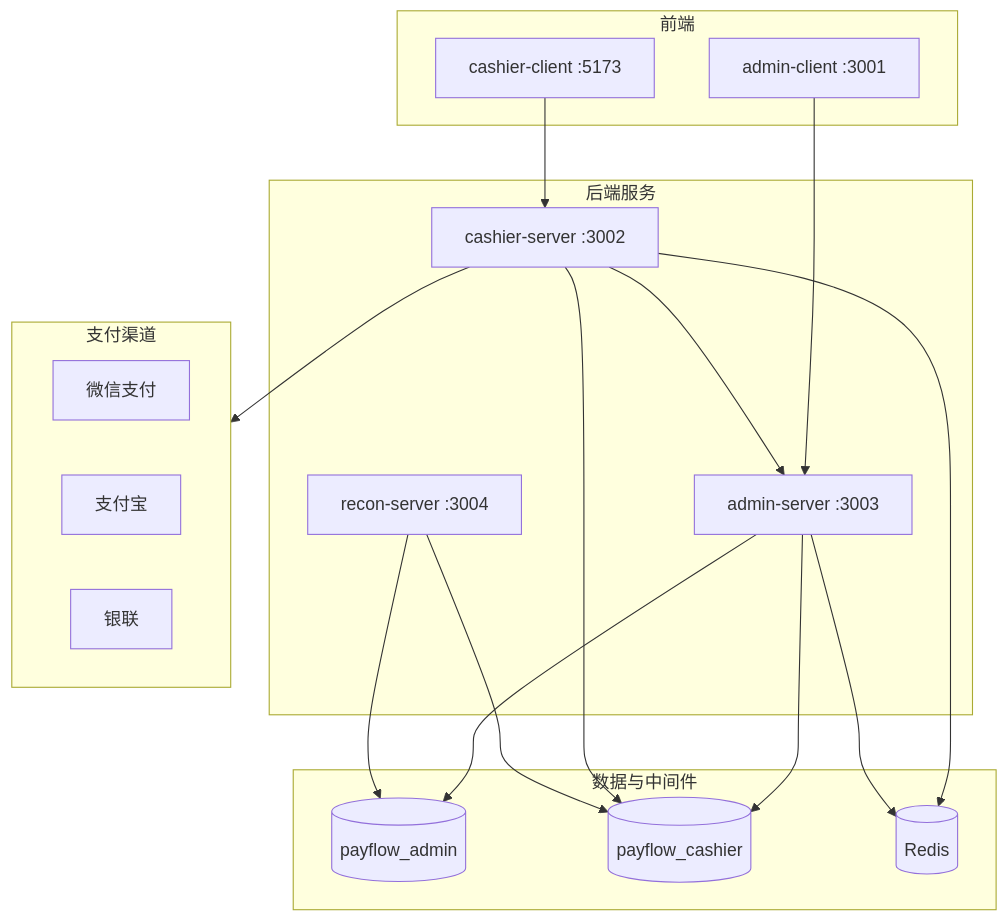
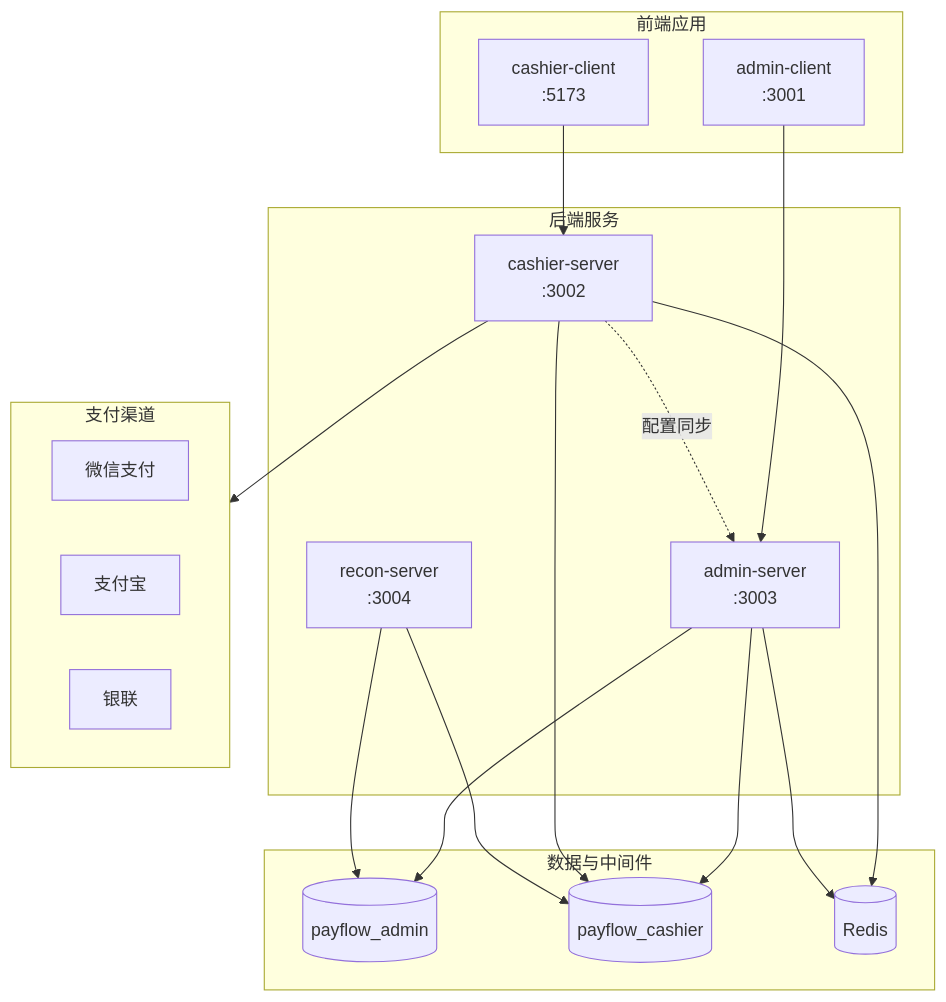
One commit to 799952500/PonyFlux-Pay changed the diagram in README.md. Above: the diagram before and after it, drawn with Mermaid. The commit also changed other lines of this file and 29 other files, not shown here.

First line of the commit message:
fix: 回调记录分页修复、一键初始化整合与 README 配图优化

````diff
--- a/README.md
+++ b/README.md
@@ -25,37 +68,37 @@
 ```mermaid
 flowchart TB
-  subgraph clients [前端]
-    AC[admin-client :3001]
-    CC[cashier-client :5173]
+  subgraph clients [前端应用]
+    AC["admin-client<br/>:3001"]
+    CC["cashier-client<br/>:5173"]
   end
 
   subgraph servers [后端服务]
-    AS[admin-server :3003]
-    CS[cashier-server :3002]
-    RS[recon-server :3004]
+    AS["admin-server<br/>:3003"]
+    CS["cashier-server<br/>:3002"]
+    RS["recon-server<br/>:3004"]
   end
 
   subgraph channels [支付渠道]
     WX[微信支付]
     AL[支付宝]
     UP[银联]
   end
 
   subgraph data [数据与中间件]
     ADM[(payflow_admin)]
     CSH[(payflow_cashier)]
     RD[(Redis)]
   end
 
   AC --> AS
   CC --> CS
   AS --> ADM
   AS --> CSH
   CS --> CSH
-  CS --> AS
+  CS -.配置同步.-> AS
   RS --> ADM
   RS --> CSH
   CS --> channels
   CS --> RD
   AS --> RD
 ```
````
